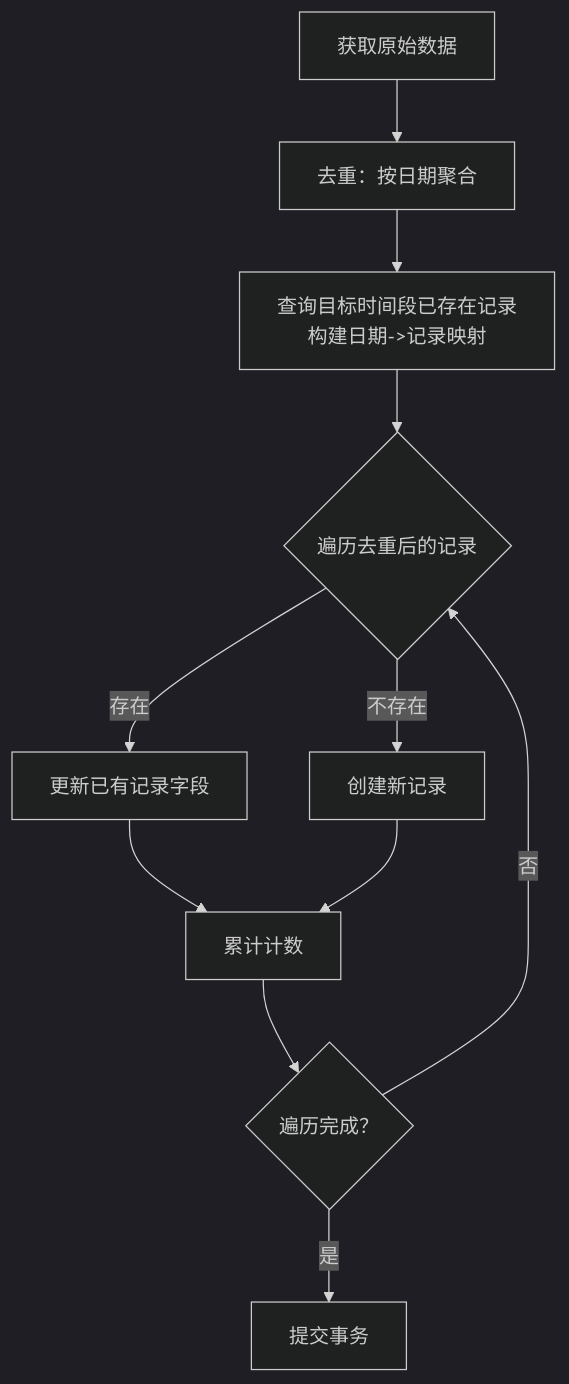
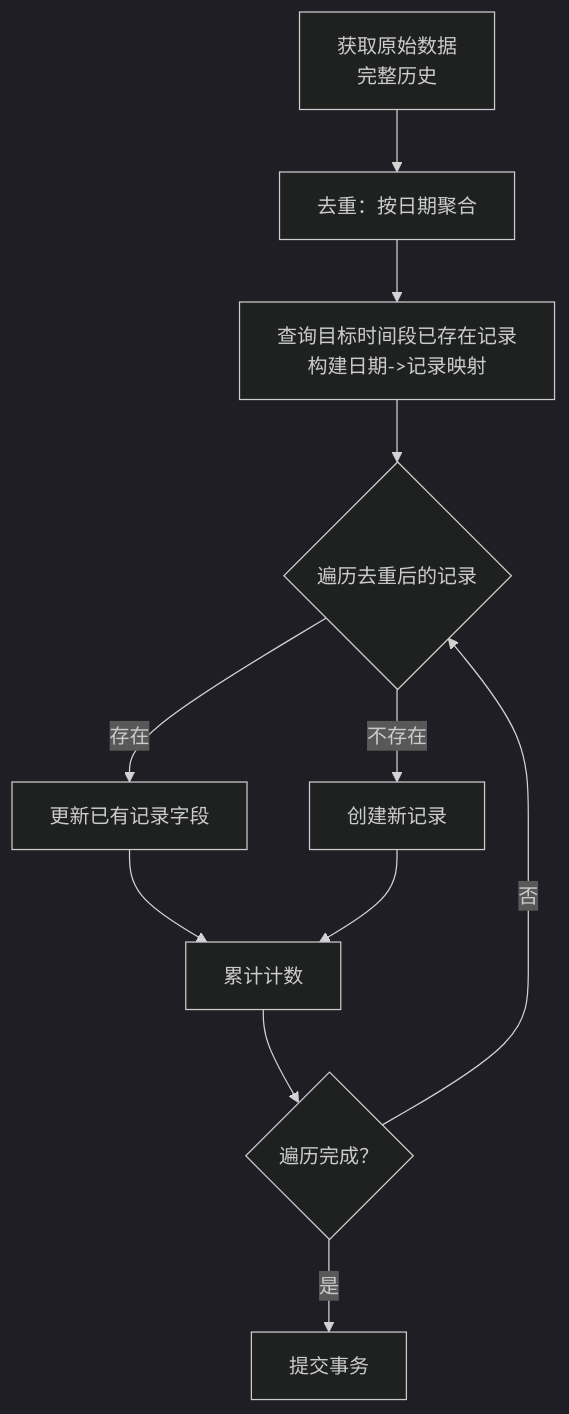
The fourth of 8 diagrams in .qoder/repowiki/zh/content/数据同步系统/历史数据回补.md (gujialind/InvestRing), drawn with Mermaid (dark theme) before and after one commit. The commit also changed other lines of this file and 39 other files, not shown here.

````diff
--- a/.qoder/repowiki/zh/content/数据同步系统/历史数据回补.md
+++ b/.qoder/repowiki/zh/content/数据同步系统/历史数据回补.md
@@ -147,13 +173,13 @@
 ```mermaid
 flowchart TD
-A["获取原始数据"] --> B["去重：按日期聚合"]
+A["获取原始数据<br/>完整历史"] --> B["去重：按日期聚合"]
 B --> C["查询目标时间段已存在记录<br/>构建日期->记录映射"]
 C --> D{"遍历去重后的记录"}
 D --> |存在| E["更新已有记录字段"]
 D --> |不存在| F["创建新记录"]
 E --> G["累计计数"]
 F --> G
 G --> H{"遍历完成？"}
 H --> |否| D
 H --> |是| I["提交事务"]
 ```
````
